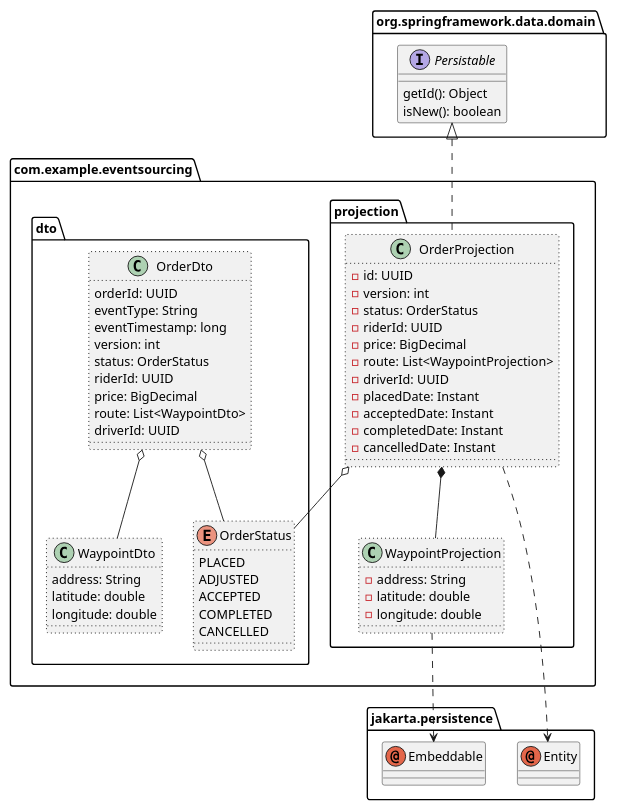
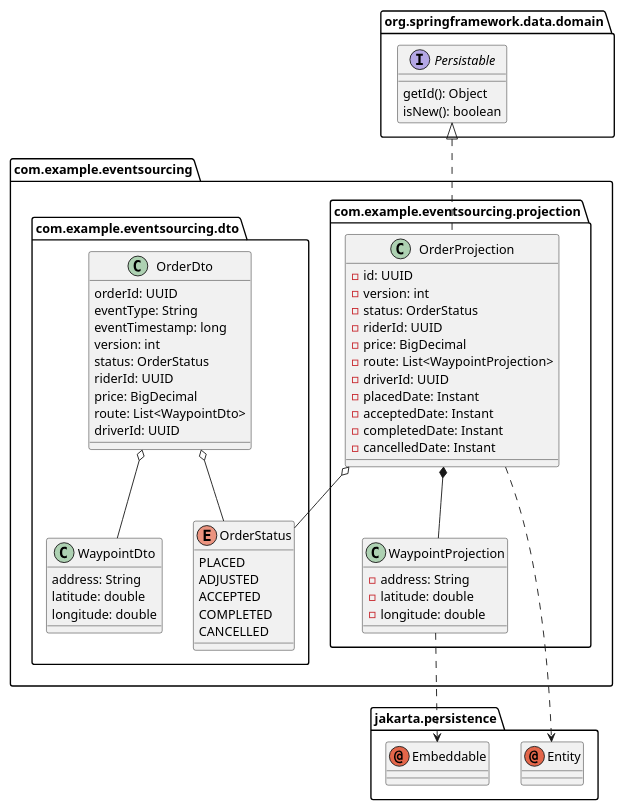
One commit to codehunter-dev-281/postgresql-event-sourcing changed the diagram in img/plantuml/class-projection.puml. Above: the diagram before and after it, drawn with PlantUML. The commit also changed 127 other files, not shown here.

```diff
--- a/img/plantuml/class-projection.puml
+++ b/img/plantuml/class-projection.puml
@@ -1,86 +1,86 @@
 @startuml
 
 scale max 1024 width
 scale max 800 height
 
 set separator none
 
 package jakarta.persistence {
 
   annotation Entity
   annotation Embeddable
 }
 
 package org.springframework.data.domain {
 
   interface Persistable {
     getId(): Object
   	isNew(): boolean
   }
 }
 
 package com.example.eventsourcing {
 
-  package projection {
+  package com.example.eventsourcing.projection {
 
-    class OrderProjection ##[dotted] {
+    class OrderProjection {
       -id: UUID
       -version: int
       -status: OrderStatus
       -riderId: UUID
       -price: BigDecimal
       -route: List<WaypointProjection>
       -driverId: UUID
       -placedDate: Instant
       -acceptedDate: Instant
       -completedDate: Instant
       -cancelledDate: Instant
     }
 
-    class WaypointProjection ##[dotted] {
+    class WaypointProjection {
       -address: String
       -latitude: double
       -longitude: double
     }
   }
 
-  package dto {
+  package com.example.eventsourcing.dto {
 
-    class OrderDto ##[dotted] {
+    class OrderDto {
       orderId: UUID
       eventType: String
       eventTimestamp: long
       version: int
       status: OrderStatus
       riderId: UUID
       price: BigDecimal
       route: List<WaypointDto>
       driverId: UUID
     }
 
-    class WaypointDto ##[dotted] {
+    class WaypointDto {
       address: String
       latitude: double
       longitude: double
     }
 
-    enum OrderStatus ##[dotted] {
+    enum OrderStatus {
       PLACED
       ADJUSTED
       ACCEPTED
       COMPLETED
       CANCELLED
     }
   }
 }
 
 Persistable <|.. OrderProjection
 OrderProjection *-- WaypointProjection
 OrderProjection o-- OrderStatus
 OrderProjection ..> Entity
 WaypointProjection ..> Embeddable
 
 OrderDto o-- WaypointDto
 OrderDto o-- OrderStatus
 
 @enduml
```
